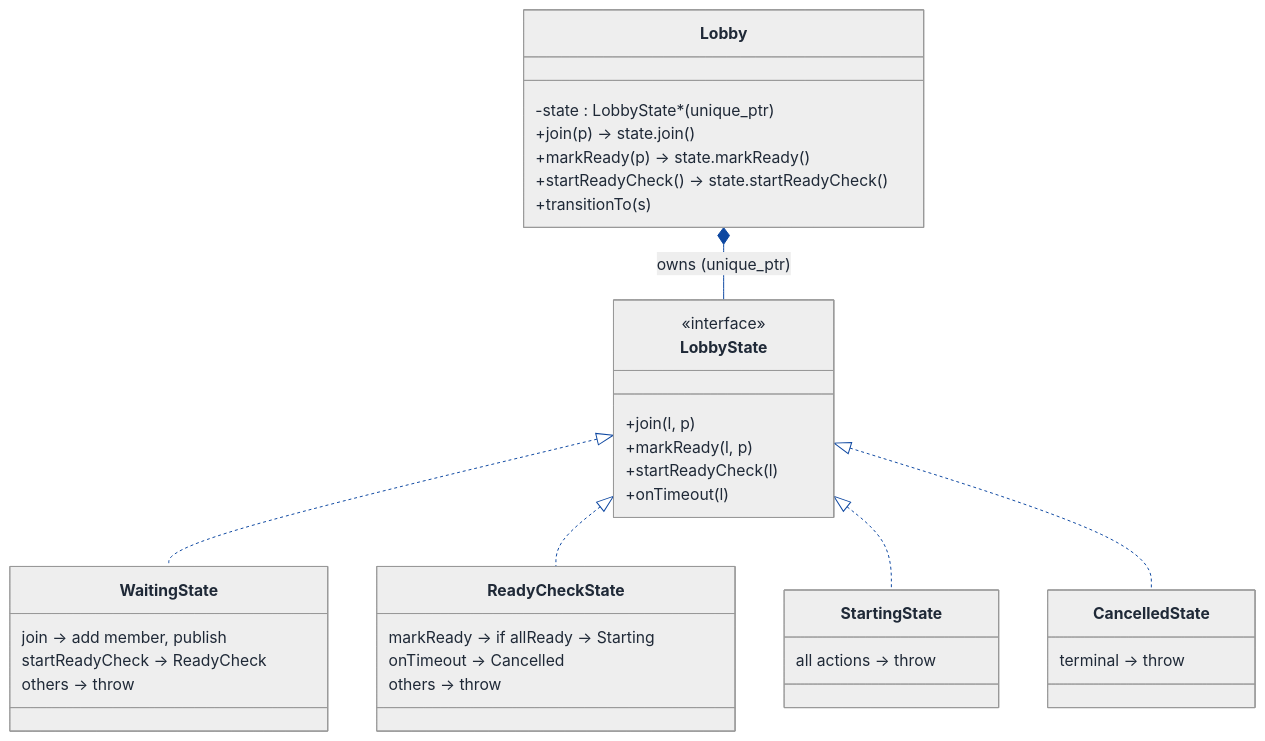
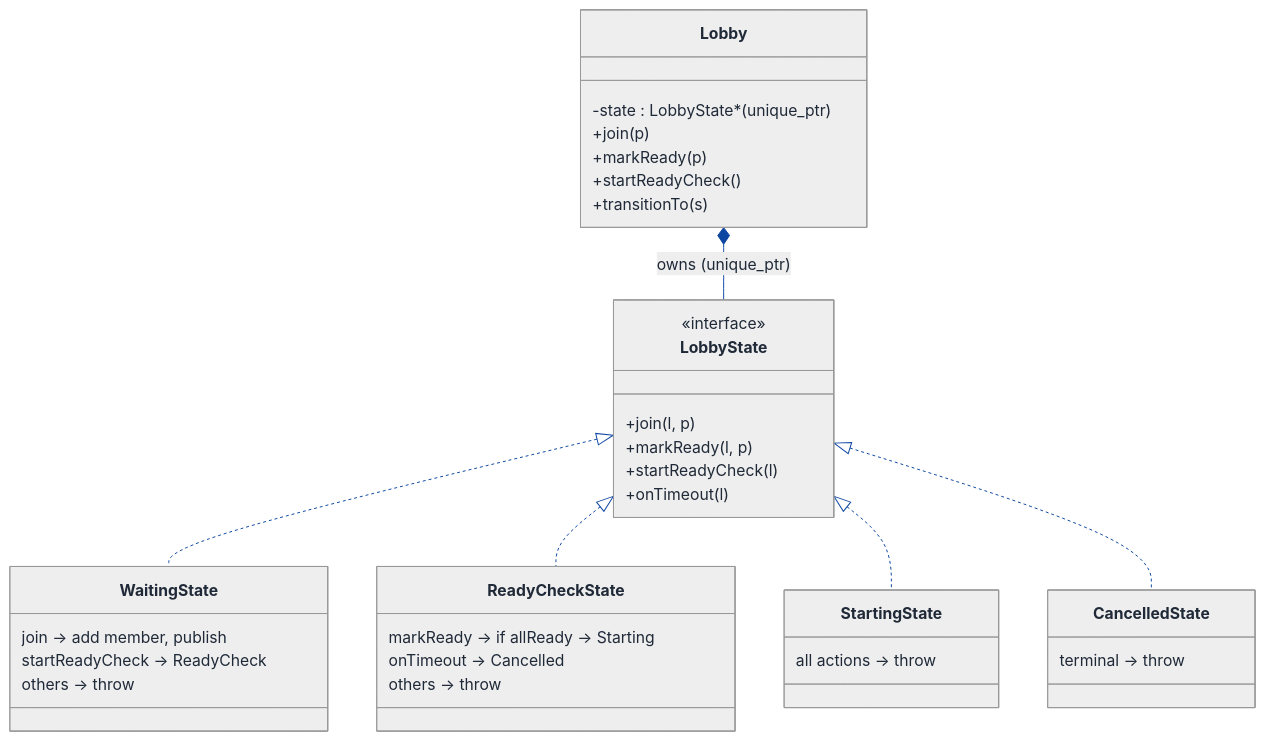
The third of 8 diagrams in LLD/Topics/Observer_Pattern/Game_Lobby.md (Prateek-5/question-bank), drawn with Mermaid before and after one commit. The commit also changed 61 other files, not shown here.

First line of the commit message:
Fix invalid mermaid classDiagram member syntax across LLD walkthroughs

````diff
--- a/LLD/Topics/Observer_Pattern/Game_Lobby.md
+++ b/LLD/Topics/Observer_Pattern/Game_Lobby.md
@@ -636,71 +636,71 @@
 ```mermaid
 ---
 config:
   theme: neutral
   themeVariables:
     background: '#ffffff'
     primaryColor: '#cfe2ff'
     primaryTextColor: '#1f2937'
     primaryBorderColor: '#084298'
     secondaryColor: '#fff3cd'
     secondaryTextColor: '#1f2937'
     secondaryBorderColor: '#664d03'
     tertiaryColor: '#d1e7dd'
     tertiaryTextColor: '#1f2937'
     tertiaryBorderColor: '#0a3622'
     lineColor: '#0d47a1'
     textColor: '#1f2937'
     noteBkgColor: '#fff3cd'
     noteTextColor: '#1f2937'
     noteBorderColor: '#997404'
     actorBkg: '#cfe2ff'
     actorBorder: '#084298'
     actorTextColor: '#1f2937'
     signalColor: '#0d47a1'
     signalTextColor: '#1f2937'
     labelBoxBkgColor: '#ffffff'
     labelBoxBorderColor: '#d3d3d3'
     labelTextColor: '#1f2937'
     edgeLabelBackground: '#ffffff'
     labelBackground: '#ffffff'
     classText: '#1f2937'
     fontFamily: 'system-ui, -apple-system, Segoe UI, Helvetica, Arial, sans-serif'
 ---
 classDiagram
   direction TB
   class Lobby {
     -state : LobbyState* (unique_ptr)
-    +join(p)        → state.join()
-    +markReady(p)   → state.markReady()
-    +startReadyCheck() → state.startReadyCheck()
+    +join(p)
+    +markReady(p)
+    +startReadyCheck()
     +transitionTo(s)
   }
   class LobbyState {
     <<interface>>
     +join(l, p)
     +markReady(l, p)
     +startReadyCheck(l)
     +onTimeout(l)
   }
   class WaitingState {
     join → add member, publish
     startReadyCheck → ReadyCheck
     others → throw
   }
   class ReadyCheckState {
     markReady → if allReady → Starting
     onTimeout → Cancelled
     others → throw
   }
   class StartingState {
     all actions → throw
   }
   class CancelledState {
     terminal → throw
   }
   Lobby *-- LobbyState : owns (unique_ptr)
   LobbyState <|.. WaitingState
   LobbyState <|.. ReadyCheckState
   LobbyState <|.. StartingState
   LobbyState <|.. CancelledState
 ```
````
